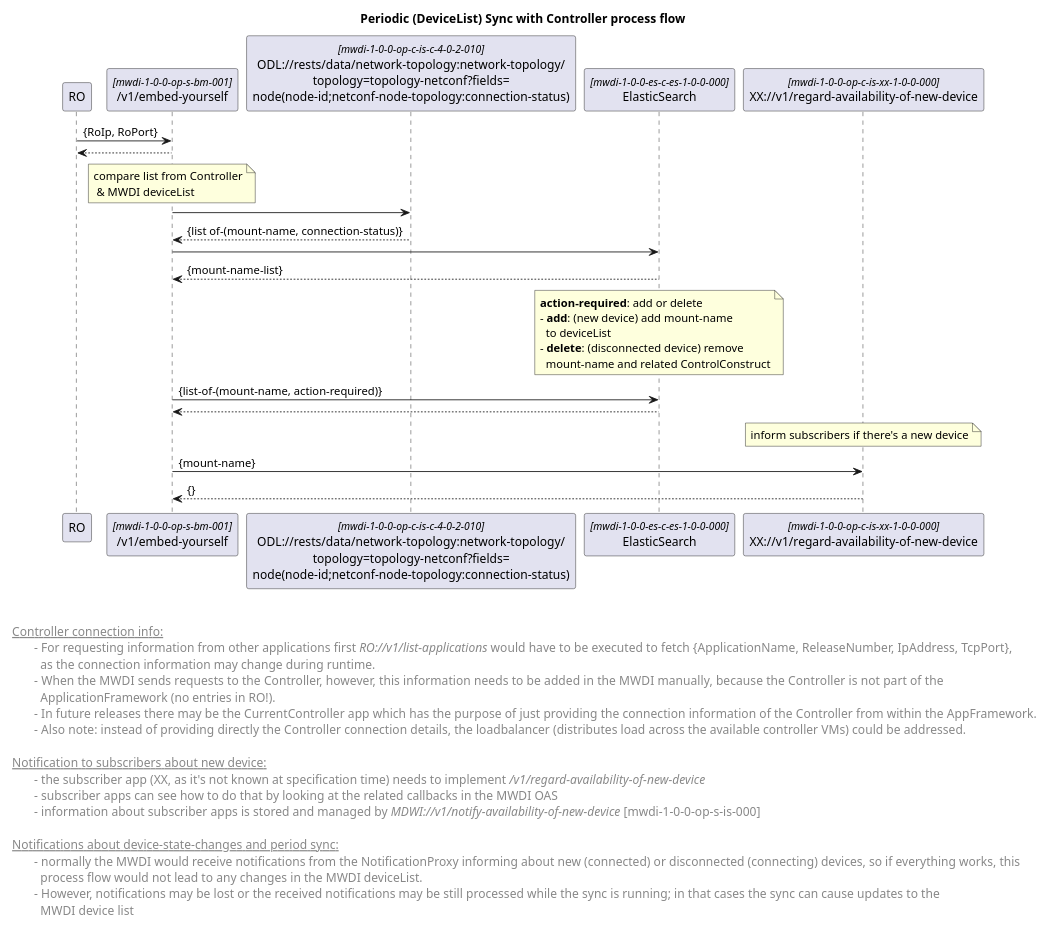
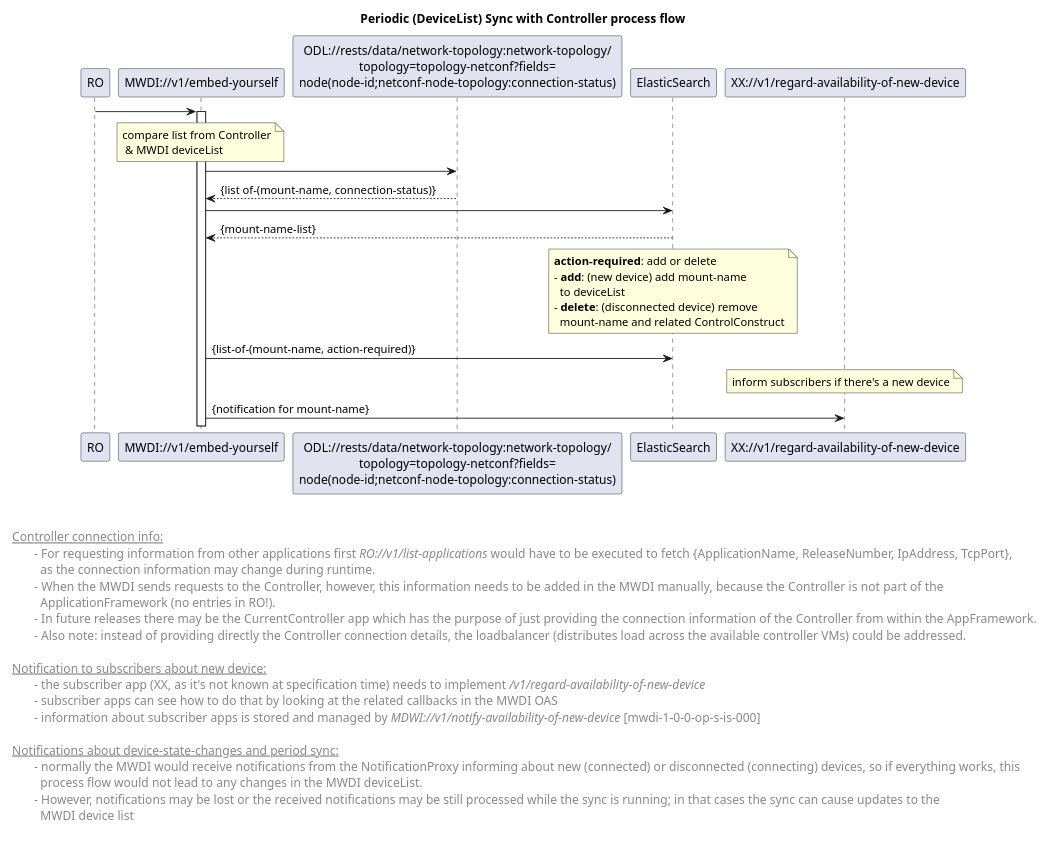
One commit to openBackhaul/MicroWaveDeviceInventory changed the diagram in spec/diagrams/01x_forwardingCyclicOperationDeviceListSync.plantuml. Above: the diagram before and after it, drawn with PlantUML. The commit also changed 6 other files, not shown here.

```diff
--- a/spec/diagrams/01x_forwardingCyclicOperationDeviceListSync.plantuml
+++ b/spec/diagrams/01x_forwardingCyclicOperationDeviceListSync.plantuml
@@ -1,82 +1,81 @@
 @startuml
 skinparam responseMessageBelowArrow true
 skinparam guillemet [ ]
 skinparam participant {
   StereotypeFontSize 12  
 }
+hide stereotype
 
 title  Periodic (DeviceList) Sync with Controller process flow
 
 
 'participants
 participant "RO" as ro
-participant "/v1/embed-yourself" as mwdi <<mwdi-1-0-0-op-s-bm-001>>
+participant "MWDI://v1/embed-yourself" as mwdi <<mwdi-1-0-0-op-s-bm-001>>
 participant "ODL://rests/data/network-topology:network-topology/\ntopology=topology-netconf?fields=\nnode(node-id;netconf-node-topology:connection-status)" as odlConnectionStatus <<mwdi-1-0-0-op-c-is-c-4-0-2-010>>
 participant "ElasticSearch" as es <<mwdi-1-0-0-es-c-es-1-0-0-000>>
 participant "XX://v1/regard-availability-of-new-device" as notificationToXX <<mwdi-1-0-0-op-c-is-xx-1-0-0-000>>
 
 
-ro -> mwdi: {RoIp, RoPort}
-mwdi --> ro
+ro -> mwdi
+activate mwdi
 
 'get deviceList from Controller
 note over mwdi: compare list from Controller\n & MWDI deviceList
 mwdi -> odlConnectionStatus
 odlConnectionStatus --> mwdi: {list of-(mount-name, connection-status)}
 
 'get MWDI deviceList from ElasticSearch 
 mwdi -> es
 es --> mwdi: {mount-name-list}
 
 'diff both lists and process devices accordingly
 note over es
  <b>action-required</b>: add or delete
  - <b>add</b>: (new device) add mount-name 
    to deviceList
  - <b>delete</b>: (disconnected device) remove 
    mount-name and related ControlConstruct
 end note 
 
 
 mwdi -> es: {list-of-(mount-name, action-required)}
-es --> mwdi
 
 'inform subscribers about new device
 note over notificationToXX: inform subscribers if there's a new device
-mwdi -> notificationToXX: {mount-name}
-notificationToXX --> mwdi: {}
+mwdi -> notificationToXX: {notification for mount-name}
 
 
 
 left footer 
 
 
 <u> Controller connection info:</u>
 \t- For requesting information from other applications first <i>RO://v1/list-applications</i> would have to be executed to fetch {ApplicationName, ReleaseNumber, IpAddress, TcpPort}, 
 \t  as the connection information may change during runtime.
 \t-  When the MWDI sends requests to the Controller, however, this information needs to be added in the MWDI manually, because the Controller is not part of the 
 \t  ApplicationFramework (no entries in RO!). 
 \t-  In future releases there may be the CurrentController app which has the purpose of just providing the connection information of the Controller from within the AppFramework.
 \t-  Also note: instead of providing directly the Controller connection details, the loadbalancer (distributes load across the available controller VMs) could be addressed.
 
 <u> Notification to subscribers about new device:</u>
 \t- the subscriber app (XX, as it's not known at specification time) needs to implement <i>/v1/regard-availability-of-new-device</i>
 \t- subscriber apps can see how to do that by looking at the related callbacks in the MWDI OAS 
 \t- information about subscriber apps is stored and managed by <i>MDWI://v1/notify-availability-of-new-device</i> [mwdi-1-0-0-op-s-is-000]
 
 <u> Notifications about device-state-changes and period sync<u>:
 \t- normally the MWDI would receive notifications from the NotificationProxy informing about new (connected) or disconnected (connecting) devices, so if everything works, this
 \t  process flow would not lead to any changes in the MWDI deviceList.
 \t- However, notifications may be lost or the received notifications may be still processed while the sync is running; in that cases the sync can cause updates to the 
 \t  MWDI device list 
 
 end footer
 
 <style>
 footer {
   HorizontalAlignment left
   FontSize 14
 }
 </style>
 
 @enduml
```
